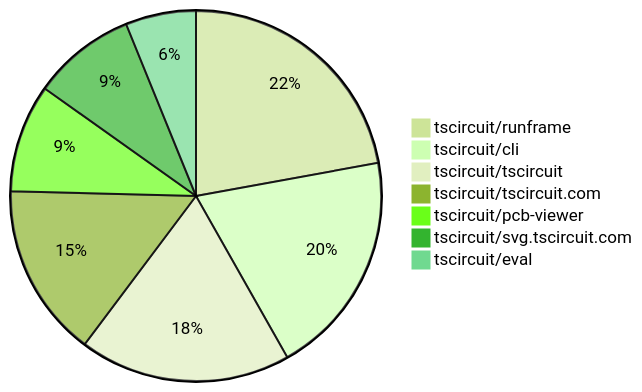
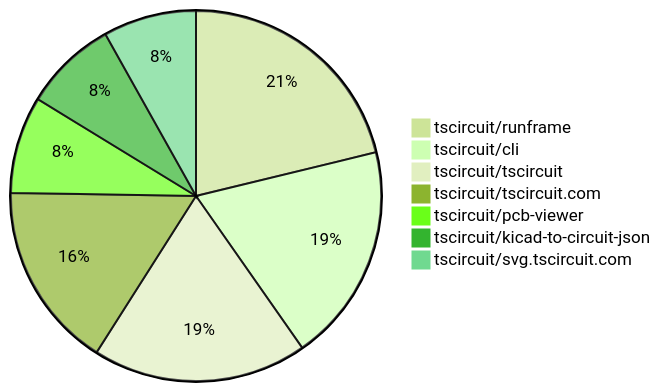
The second of 2 diagrams in README.md (tscircuit/contribution-tracker), drawn with Mermaid (forest theme) before and after one commit. The commit also changed other lines of this file and 3 other files, not shown here.

````diff
--- a/README.md
+++ b/README.md
@@ -130,10 +134,10 @@
 ```mermaid
 pie
-    "tscircuit/runframe" : 54
-    "tscircuit/cli" : 48
-    "tscircuit/tscircuit" : 45
-    "tscircuit/tscircuit.com" : 37
-    "tscircuit/pcb-viewer" : 23
-    "tscircuit/svg.tscircuit.com" : 22
-    "tscircuit/eval" : 15
+    "tscircuit/runframe" : 60
+    "tscircuit/cli" : 54
+    "tscircuit/tscircuit" : 53
+    "tscircuit/tscircuit.com" : 46
+    "tscircuit/pcb-viewer" : 24
+    "tscircuit/kicad-to-circuit-json" : 23
+    "tscircuit/svg.tscircuit.com" : 23
 ```
````
